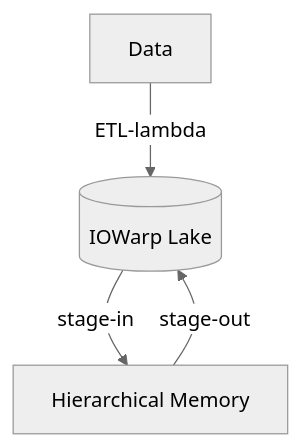
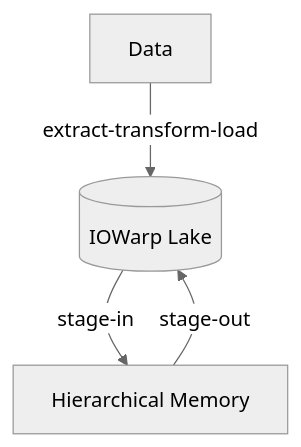
The diagram in README.md (iowarp/content-assimilation-engine), drawn with Mermaid (neutral theme) before and after one commit. The commit also changed other lines of this file, not shown here.

````diff
--- a/README.md
+++ b/README.md
@@ -5,6 +8,6 @@
 ```mermaid
 flowchart TD
- A[Data] -->|ETL-lambda|B[(IOWarp Lake)]
+ A[Data] -->|extract-transform-load|B[(IOWarp Lake)]
  B-->|stage-in| D[Hierarchical Memory]
  D-->|stage-out| B
 ```
````
